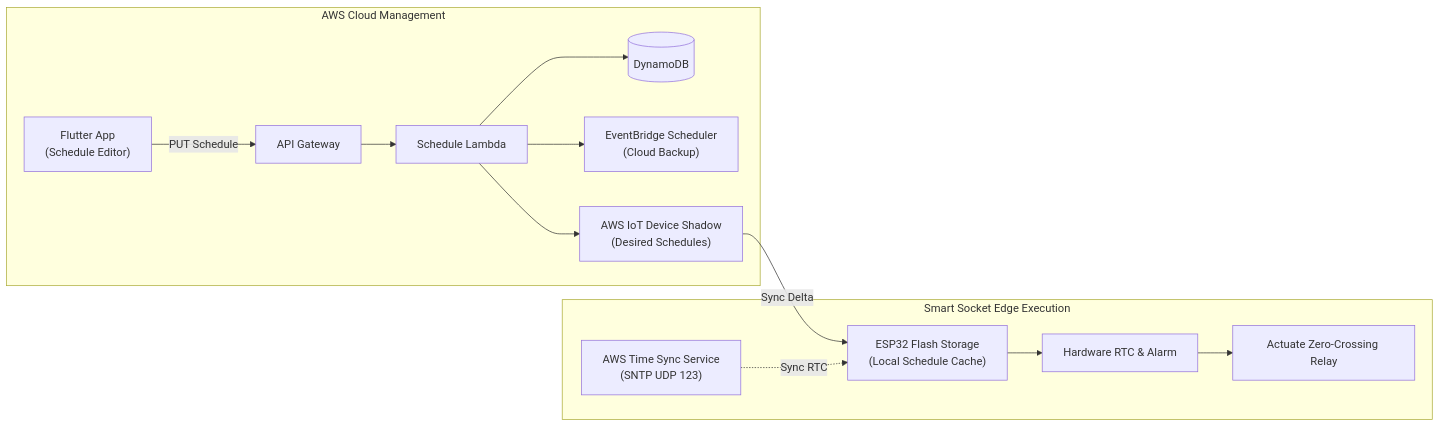
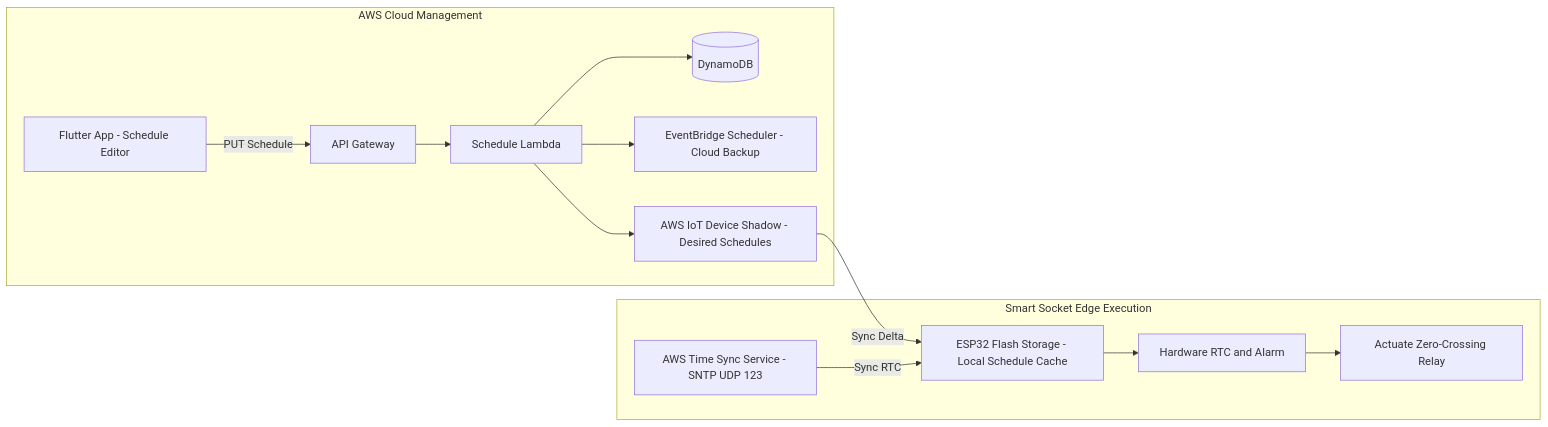
Before and after one commit to VimalChaudhary07/SEMS: the seventh of 11 diagrams in README.md, drawn with Mermaid. The commit also changed other lines of this file and 5 other files, not shown here.

````diff
--- a/README.md
+++ b/README.md
@@ -436,17 +439,17 @@
 ```mermaid
 flowchart LR
     subgraph Cloud["AWS Cloud Management"]
-        App["Flutter App<br/>(Schedule Editor)"] -->|PUT Schedule| APIGW["API Gateway"]
+        App["Flutter App - Schedule Editor"] -->|PUT Schedule| APIGW["API Gateway"]
         APIGW --> SchedLambda["Schedule Lambda"]
         SchedLambda --> DynamoDB[("DynamoDB")]
-        SchedLambda --> EventBridge["EventBridge Scheduler<br/>(Cloud Backup)"]
-        SchedLambda --> Shadow["AWS IoT Device Shadow<br/>(Desired Schedules)"]
+        SchedLambda --> EventBridge["EventBridge Scheduler - Cloud Backup"]
+        SchedLambda --> Shadow["AWS IoT Device Shadow - Desired Schedules"]
     end
 
     subgraph Edge["Smart Socket Edge Execution"]
-        Shadow -->|Sync Delta| Socket["ESP32 Flash Storage<br/>(Local Schedule Cache)"]
-        NTP["AWS Time Sync Service<br/>(SNTP UDP 123)"] -.->|Sync RTC| Socket
-        Socket --> LocalRTC["Hardware RTC & Alarm"]
+        Shadow -->|Sync Delta| Socket["ESP32 Flash Storage - Local Schedule Cache"]
+        NTP["AWS Time Sync Service - SNTP UDP 123"] -->|Sync RTC| Socket
+        Socket --> LocalRTC["Hardware RTC and Alarm"]
         LocalRTC --> Relay["Actuate Zero-Crossing Relay"]
     end
 ```
````
